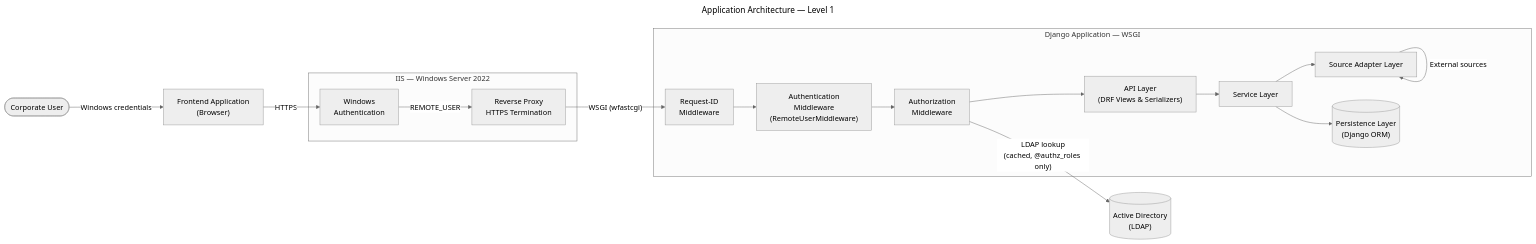
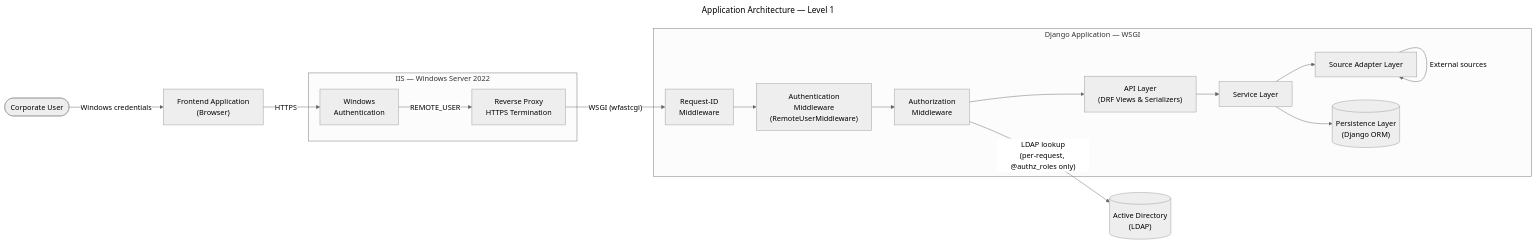
Before and after one commit to LewisCM14/django_auth: the second of 4 diagrams in docs/spec.md, drawn with Mermaid (neutral theme). The commit also changed other lines of this file and 6 other files, not shown here.

````diff
--- a/docs/spec.md
+++ b/docs/spec.md
@@ -62,37 +65,37 @@
 ```mermaid
 ---
 title: Application Architecture — Level 1
 ---
 flowchart LR
     User(["Corporate User"])
     FE["Frontend Application\n(Browser)"]
     AD[("Active Directory\n(LDAP)")]
 
     subgraph IIS_Host["IIS — Windows Server 2022"]
         WinAuth["Windows\nAuthentication"]
         Proxy["Reverse Proxy\nHTTPS Termination"]
     end
 
     subgraph Django["Django Application — WSGI"]
         MW_RID["Request-ID\nMiddleware"]
         MW_AuthN["Authentication\nMiddleware\n(RemoteUserMiddleware)"]
         MW_AuthZ["Authorization\nMiddleware"]
         API["API Layer\n(DRF Views &amp; Serializers)"]
         SVC["Service Layer"]
         ADP["Source Adapter Layer"]
         DB[("Persistence Layer\n(Django ORM)")]
     end
 
     User -- "Windows credentials" --> FE
     FE -- "HTTPS" --> WinAuth
     WinAuth -- "REMOTE_USER" --> Proxy
     Proxy -- "WSGI (wfastcgi)" --> MW_RID
     MW_RID --> MW_AuthN
     MW_AuthN --> MW_AuthZ
-    MW_AuthZ -- "LDAP lookup\n(cached, @authz_roles only)" --> AD
+    MW_AuthZ -- "LDAP lookup\n(per-request, @authz_roles only)" --> AD
     MW_AuthZ --> API
     API --> SVC
     SVC --> ADP
     SVC --> DB
     ADP -- "External sources" --> ADP
 ```
````
